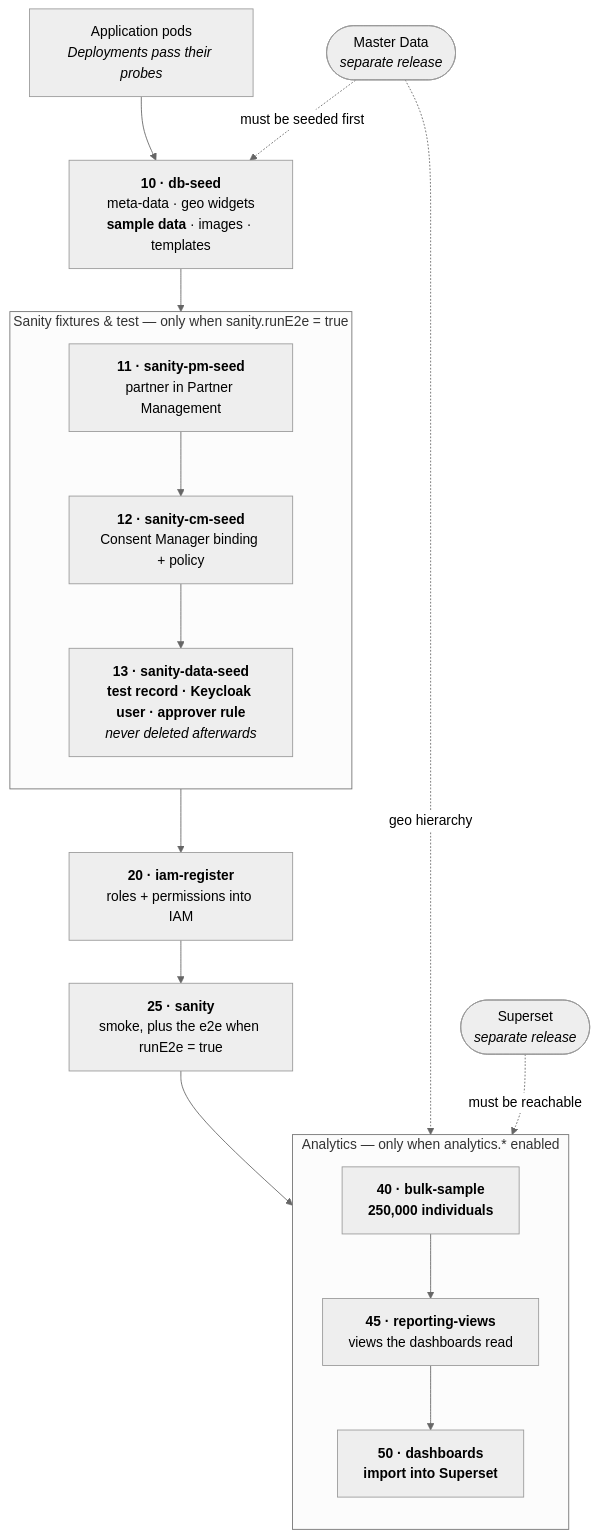
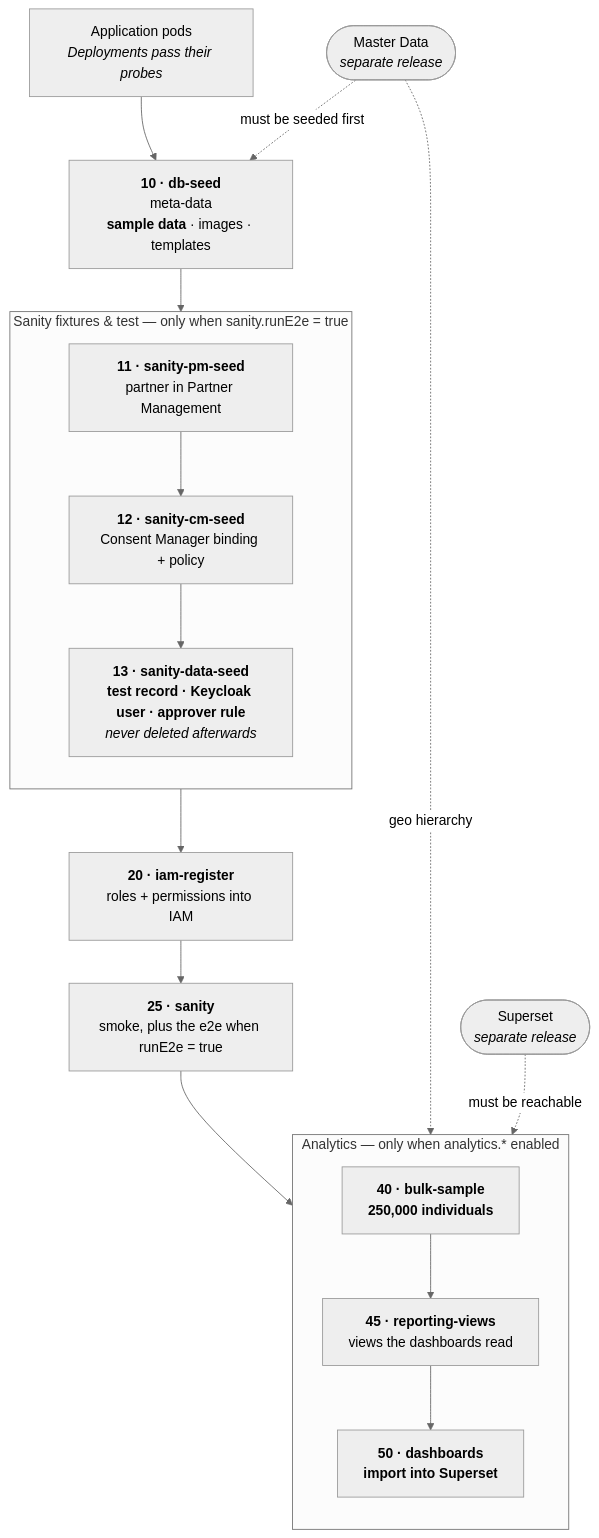
One commit to OpenG2P/openg2p-documentation changed the diagram in products/registry/national-social-registry/deployment/data-seeding.md. Above: the diagram before and after it, drawn with Mermaid (neutral theme). The commit also changed other lines of this file and 15 other files, not shown here.

Commit message:
G2P-5719 Registries read Master Data only via its API: drop loadGeoData/syncGeoWidgets, runtime geo levels, mds_client seeding; open items

````diff
--- a/products/registry/national-social-registry/deployment/data-seeding.md
+++ b/products/registry/national-social-registry/deployment/data-seeding.md
@@ -211,29 +211,29 @@
 ```mermaid
 flowchart TD
     A["Application pods<br/><i>Deployments pass their probes</i>"] --> B
 
-    B["<b>10 · db-seed</b><br/>meta-data · geo widgets<br/><b>sample data</b> · images · templates"] --> C
+    B["<b>10 · db-seed</b><br/>meta-data<br/><b>sample data</b> · images · templates"] --> C
 
     subgraph S ["Sanity fixtures &amp; test — only when sanity.runE2e = true"]
         direction TB
         C["<b>11 · sanity-pm-seed</b><br/>partner in Partner Management"] --> D
         D["<b>12 · sanity-cm-seed</b><br/>Consent Manager binding + policy"] --> E
         E["<b>13 · sanity-data-seed</b><br/><b>test record · Keycloak user · approver rule</b><br/><i>never deleted afterwards</i>"]
     end
 
     E --> F["<b>20 · iam-register</b><br/>roles + permissions into IAM"]
     F --> G["<b>25 · sanity</b><br/>smoke, plus the e2e when runE2e = true"]
 
     subgraph AN ["Analytics — only when analytics.* enabled"]
         direction TB
         H["<b>40 · bulk-sample</b><br/><b>250,000 individuals</b>"] --> I
         I["<b>45 · reporting-views</b><br/>views the dashboards read"] --> J
         J["<b>50 · dashboards</b><br/><b>import into Superset</b>"]
     end
 
     G --> H
 
     MD(["Master Data<br/><i>separate release</i>"]) -.->|"must be seeded first"| B
     MD -.->|"geo hierarchy"| H
     SS(["Superset<br/><i>separate release</i>"]) -.->|"must be reachable"| J
 ```
````
